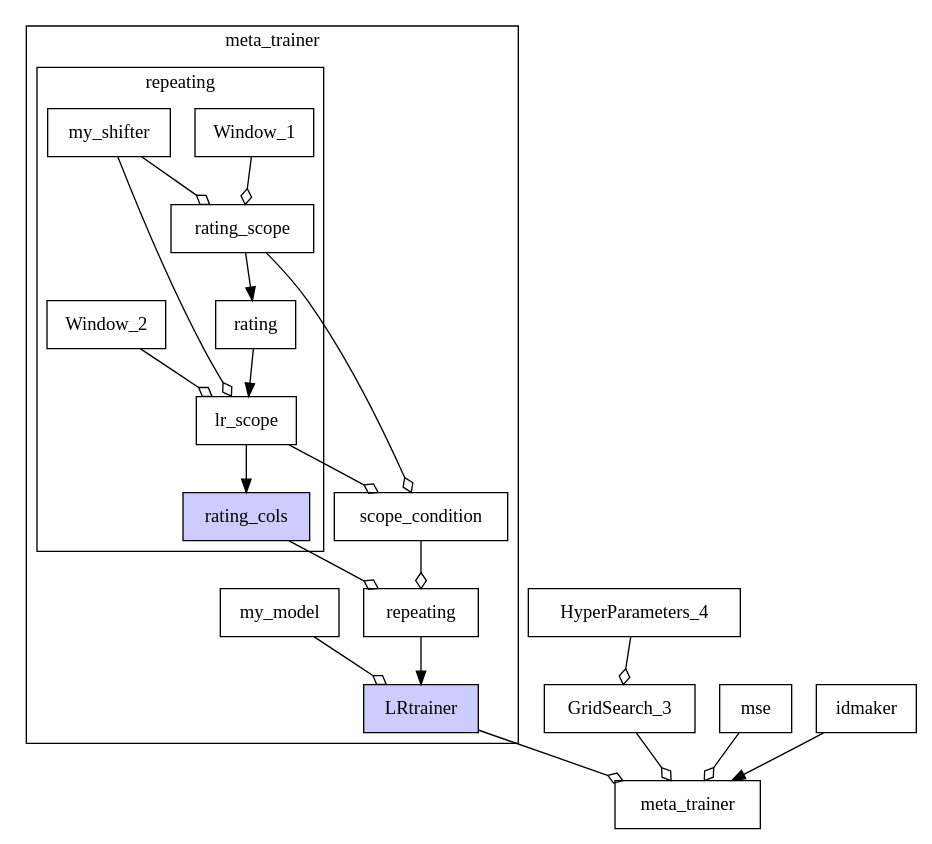
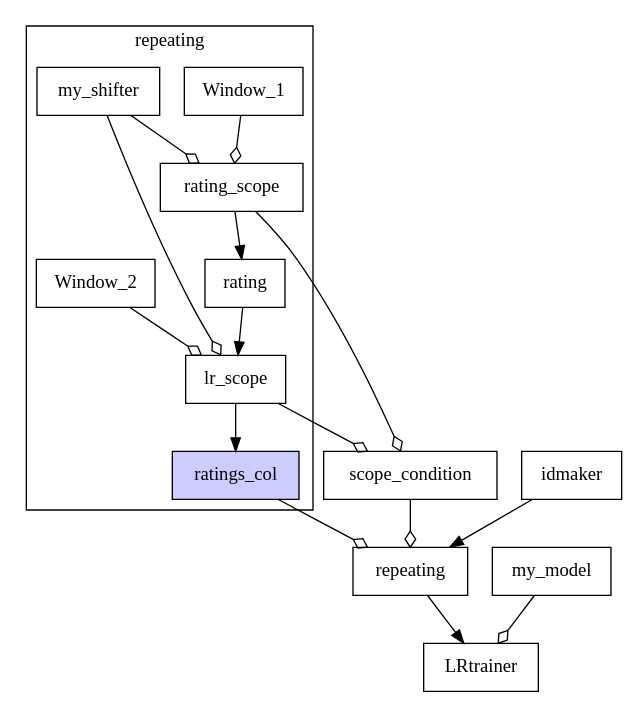
The diagram in temp.dot (GustikS/xdot.py), drawn with Graphviz before and after one commit. The commit also changed 2 other files, not shown here.

```diff
--- a/temp.dot
+++ b/temp.dot
@@ -1,124 +1,90 @@
 digraph "" {
-	graph [bb="0,0,578,602"];
+	graph [bb="0,0,382,499"];
 	node [label="\N"];
-	subgraph clustermeta_trainer {
-		graph [bb="0,64,318,602",
-			label=meta_trainer,
+	subgraph clusterrepeating {
+		graph [bb="0,136,188,499",
+			label=repeating,
 			lheight=0.21,
-			lp="159,590.5",
-			lwidth=0.97
+			lp="94,487.5",
+			lwidth=0.71
 		];
-		subgraph clusterrepeating {
-			graph [bb="8,208,196,571",
-				label=repeating,
-				lheight=0.21,
-				lp="102,559.5",
-				lwidth=0.71
-			];
-			Window_1	[height=0.5,
-				pos="149,522",
-				shape=box,
-				width=1.0694];
-			rating_scope	[height=0.5,
-				pos="145,450",
-				shape=box,
-				width=1.1944];
-			Window_1 -> rating_scope	[arrowhead=ediamond,
-				pos="e,145.98,468.1 148.01,503.7 147.6,496.58 147.12,488.13 146.66,480.11"];
-			rating	[height=0.5,
-				pos="159,378",
-				shape=box,
-				width=0.75];
-			rating_scope -> rating	[arrowhead=normal,
-				pos="e,155.58,396.1 148.46,431.7 150,423.98 151.86,414.71 153.58,406.11"];
-			lr_scope	[height=0.5,
-				pos="148,306",
-				shape=box,
-				width=0.86111];
-			rating -> lr_scope	[arrowhead=normal,
-				pos="e,150.69,324.1 156.28,359.7 155.07,351.98 153.61,342.71 152.26,334.11"];
-			rating_cols	[fillcolor="#CCCCFF",
-				height=0.5,
-				pos="148,234",
-				shape=box,
-				style=filled,
-				width=1.0694];
-			lr_scope -> rating_cols	[arrowhead=normal,
-				pos="e,148,252.1 148,287.7 148,279.98 148,270.71 148,262.11"];
-			my_shifter	[height=0.5,
-				pos="54,522",
-				shape=box,
-				width=1.0556];
-			my_shifter -> rating_scope	[arrowhead=ediamond,
-				pos="e,122.76,468.1 76.494,503.7 87.514,495.22 100.98,484.86 113.04,475.58"];
-			my_shifter -> lr_scope	[arrowhead=ediamond,
-				pos="e,139.74,324.11 61.053,503.99 73.325,474.53 99.54,412.14 123,360 126.65,351.9 130.71,343.15 134.49,335.15"];
-			Window_2	[height=0.5,
-				pos="55,378",
-				shape=box,
-				width=1.0694];
-			Window_2 -> lr_scope	[arrowhead=ediamond,
-				pos="e,125.28,324.1 77.989,359.7 89.251,351.22 103.01,340.86 115.34,331.58"];
-		}
-		scope_condition	[height=0.5,
-			pos="257,234",
+		Window_1	[height=0.5,
+			pos="141,450",
 			shape=box,
-			width=1.4583];
-		rating_scope -> scope_condition	[arrowhead=ediamond,
-			pos="e,252.68,252.47 164.51,431.85 174.65,422.12 186.64,409.27 195,396 221.75,353.52 240.04,297.66 249.49,264.14"];
-		lr_scope -> scope_condition	[arrowhead=ediamond,
-			pos="e,230.23,252.19 174.66,287.88 188.26,279.15 205.01,268.39 219.84,258.86"];
-		repeating	[height=0.5,
-			pos="257,162",
+			width=1.0694];
+		rating_scope	[height=0.5,
+			pos="137,378",
 			shape=box,
-			width=0.93056];
-		rating_cols -> repeating	[arrowhead=ediamond,
-			pos="e,230.23,180.19 174.66,215.88 188.26,207.15 205.01,196.39 219.84,186.86"];
-		scope_condition -> repeating	[arrowhead=ediamond,
-			pos="e,257,180.1 257,215.7 257,208.58 257,200.13 257,192.11"];
-		LRtrainer	[fillcolor="#CCCCFF",
+			width=1.1944];
+		Window_1 -> rating_scope	[arrowhead=ediamond,
+			pos="e,137.98,396.1 140.01,431.7 139.6,424.58 139.12,416.13 138.66,408.11"];
+		rating	[height=0.5,
+			pos="151,306",
+			shape=box,
+			width=0.75];
+		rating_scope -> rating	[arrowhead=normal,
+			pos="e,147.58,324.1 140.46,359.7 142,351.98 143.86,342.71 145.58,334.11"];
+		lr_scope	[height=0.5,
+			pos="140,234",
+			shape=box,
+			width=0.86111];
+		rating -> lr_scope	[arrowhead=normal,
+			pos="e,142.69,252.1 148.28,287.7 147.07,279.98 145.61,270.71 144.26,262.11"];
+		ratings_col	[fillcolor="#CCCCFF",
 			height=0.5,
-			pos="257,90",
+			pos="140,162",
 			shape=box,
 			style=filled,
-			width=0.95833];
-		repeating -> LRtrainer	[arrowhead=normal,
-			pos="e,257,108.1 257,143.7 257,135.98 257,126.71 257,118.11"];
-		my_model	[height=0.5,
-			pos="167,162",
+			width=1.0694];
+		lr_scope -> ratings_col	[arrowhead=normal,
+			pos="e,140,180.1 140,215.7 140,207.98 140,198.71 140,190.11"];
+		my_shifter	[height=0.5,
+			pos="46,450",
 			shape=box,
 			width=1.0556];
-		my_model -> LRtrainer	[arrowhead=ediamond,
-			pos="e,235.01,108.1 189.25,143.7 200.15,135.22 213.46,124.86 225.39,115.58"];
+		my_shifter -> rating_scope	[arrowhead=ediamond,
+			pos="e,114.76,396.1 68.494,431.7 79.514,423.22 92.98,412.86 105.04,403.58"];
+		my_shifter -> lr_scope	[arrowhead=ediamond,
+			pos="e,131.74,252.11 53.053,431.99 65.325,402.53 91.541,340.14 115,288 118.65,279.9 122.71,271.15 126.49,263.15"];
+		Window_2	[height=0.5,
+			pos="47,306",
+			shape=box,
+			width=1.0694];
+		Window_2 -> lr_scope	[arrowhead=ediamond,
+			pos="e,117.28,252.1 69.989,287.7 81.251,279.22 95.01,268.86 107.34,259.58"];
 	}
-	meta_trainer	[height=0.5,
-		pos="425,18",
+	scope_condition	[height=0.5,
+		pos="249,162",
 		shape=box,
-		width=1.1944];
-	LRtrainer -> meta_trainer	[arrowhead=ediamond,
-		pos="e,384.02,36.077 291.81,74.496 315.17,64.763 346.36,51.766 372.69,40.797"];
-	HyperParameters_4	[height=0.5,
-		pos="389,162",
+		width=1.4583];
+	rating_scope -> scope_condition	[arrowhead=ediamond,
+		pos="e,244.68,180.47 156.51,359.85 166.65,350.12 178.64,337.27 187,324 213.75,281.52 232.04,225.66 241.49,192.14"];
+	lr_scope -> scope_condition	[arrowhead=ediamond,
+		pos="e,222.23,180.19 166.66,215.88 180.26,207.15 197.01,196.39 211.84,186.86"];
+	repeating	[height=0.5,
+		pos="249,90",
 		shape=box,
-		width=1.7361];
-	GridSearch_3	[height=0.5,
-		pos="380,90",
+		width=0.93056];
+	ratings_col -> repeating	[arrowhead=ediamond,
+		pos="e,222.23,108.19 166.66,143.88 180.26,135.15 197.01,124.39 211.84,114.86"];
+	scope_condition -> repeating	[arrowhead=ediamond,
+		pos="e,249,108.1 249,143.7 249,136.58 249,128.13 249,120.11"];
+	LRtrainer	[height=0.5,
+		pos="294,18",
 		shape=box,
-		width=1.2778];
-	HyperParameters_4 -> GridSearch_3	[arrowhead=ediamond,
-		pos="e,382.2,108.1 386.78,143.7 385.86,136.58 384.77,128.13 383.74,120.11"];
-	GridSearch_3 -> meta_trainer	[arrowhead=ediamond,
-		pos="e,414,36.104 391.12,71.697 396.03,64.067 401.91,54.916 407.39,46.396"];
-	mse	[height=0.5,
-		pos="471,90",
+		width=0.95833];
+	repeating -> LRtrainer	[arrowhead=normal,
+		pos="e,283,36.104 260.12,71.697 265.36,63.559 271.7,53.689 277.48,44.701"];
+	my_model	[height=0.5,
+		pos="339,90",
 		shape=box,
-		width=0.75];
-	mse -> meta_trainer	[arrowhead=ediamond,
-		pos="e,436.24,36.104 459.63,71.697 454.62,64.067 448.6,54.916 443,46.396"];
+		width=1.0556];
+	my_model -> LRtrainer	[arrowhead=ediamond,
+		pos="e,305,36.104 327.88,71.697 322.97,64.067 317.09,54.916 311.61,46.396"];
 	idmaker	[height=0.5,
-		pos="547,90",
+		pos="351,162",
 		shape=box,
 		width=0.86111];
-	idmaker -> meta_trainer	[arrowhead=normal,
-		pos="e,457.17,36.107 520.02,71.846 515.69,69.178 511.24,66.485 507,64 493.8,56.259 479.2,48.119 466.03,40.922"];
+	idmaker -> repeating	[arrowhead=normal,
+		pos="e,274.05,108.19 326.05,143.88 312.96,134.89 296.74,123.76 282.56,114.03"];
 }
```
